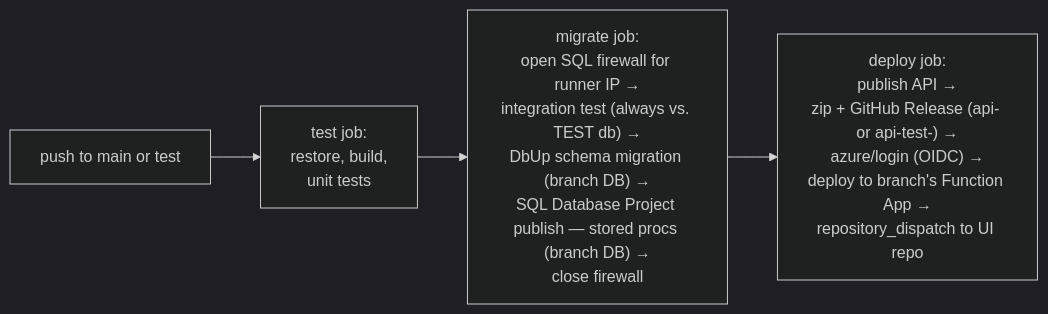
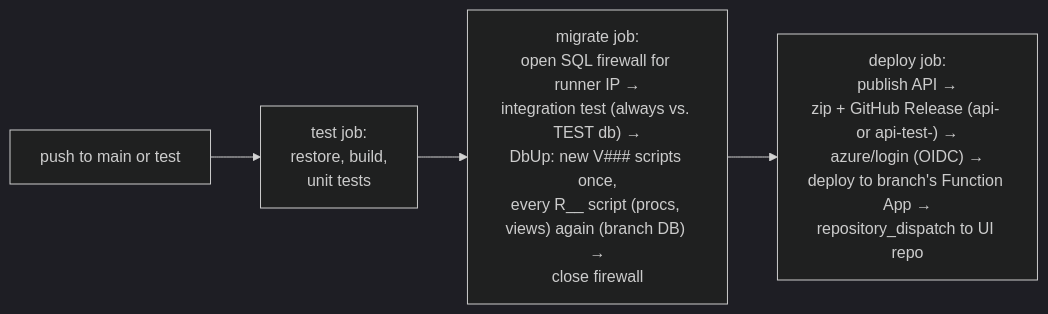
The second of 3 diagrams in ARCHITECTURE.md (shriyaminingindustriesgroup/ShriyaMiningIndustries_Docs), drawn with Mermaid (dark theme) before and after one commit. The commit also changed other lines of this file and 1 other file, not shown here.

First line of the commit message:
Database review fixes: DbUp is the only owner; V029

````diff
--- a/ARCHITECTURE.md
+++ b/ARCHITECTURE.md
@@ -148,6 +148,6 @@
 ```mermaid
 flowchart LR
     Push["push to main or test"] --> Test["test job:\nrestore, build,\nunit tests"]
-    Test --> Migrate["migrate job:\nopen SQL firewall for runner IP →\nintegration test (always vs. TEST db) →\nDbUp schema migration (branch DB) →\nSQL Database Project publish — stored procs (branch DB) →\nclose firewall"]
+    Test --> Migrate["migrate job:\nopen SQL firewall for runner IP →\nintegration test (always vs. TEST db) →\nDbUp: new V### scripts once,\nevery R__ script (procs, views) again (branch DB) →\nclose firewall"]
     Migrate --> Deploy["deploy job:\npublish API →\nzip + GitHub Release (api-<sha> or api-test-<sha>) →\nazure/login (OIDC) →\ndeploy to branch's Function App →\nrepository_dispatch to UI repo"]
 ```
````
